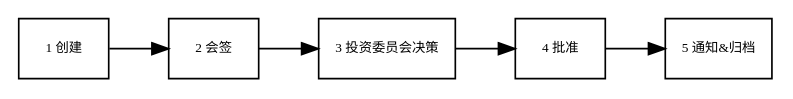
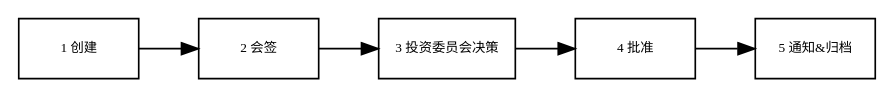
Before and after one commit to cruiurc/cruiurc.github.io: the diagram in source/work/lp/asset/OA系统中的立项流程.rst, drawn with Graphviz. The commit also changed other lines of this file and 1 other file, not shown here.

```diff
--- a/source/work/lp/asset/OA系统中的立项流程.rst
+++ b/source/work/lp/asset/OA系统中的立项流程.rst
@@ -5,13 +5,13 @@
 .. graphviz::
 
     digraph 信息系统中的立项流程{
       {
-        创建 [shape=box fontsize=8 label="1 创建"];
-        会签 [shape=box fontsize=8 label="2 会签"];
-        投资委员会决策 [shape=box fontsize=8 label="3 投资委员会决策"];
-        批准 [shape=box fontsize=8 label="4 批准"];
-        通知归档 [shape=box fontsize=8 label="5 通知&归档"];
+        创建 [shape=box fontsize=8 width=1 label="1 创建"];
+        会签 [shape=box fontsize=8 width=1 label="2 会签"];
+        投资委员会决策 [shape=box fontsize=8 width=1 label="3 投资委员会决策"];
+        批准 [shape=box fontsize=8 width=1 label="4 批准"];
+        通知归档 [shape=box fontsize=8 width=1 label="5 通知&归档"];
       }
         rankdir="LR"
         创建 -> 会签 -> 投资委员会决策 -> 批准 -> 通知归档;
     }
```
